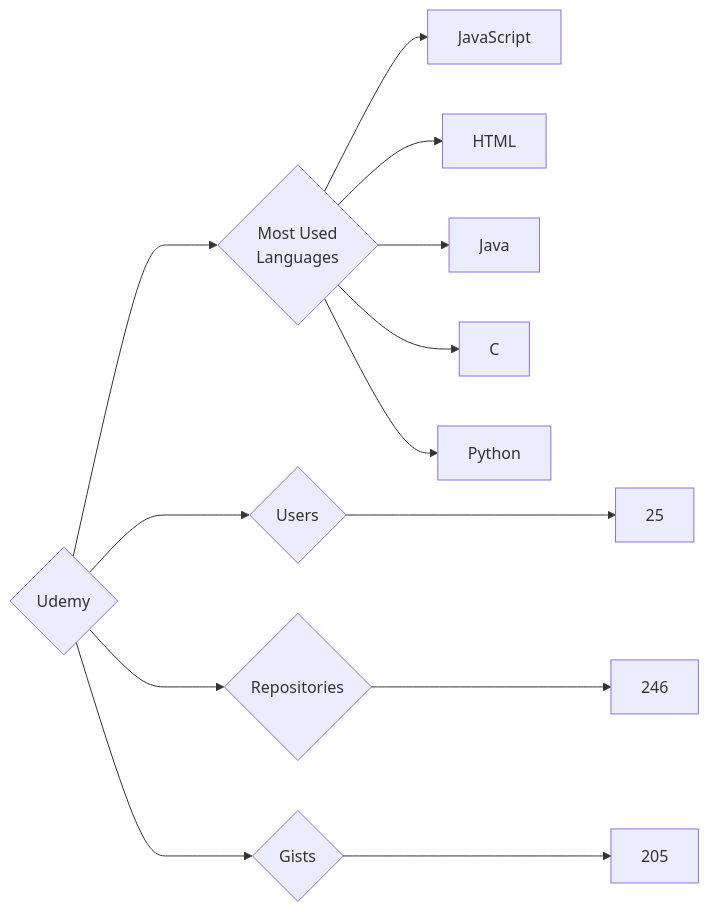
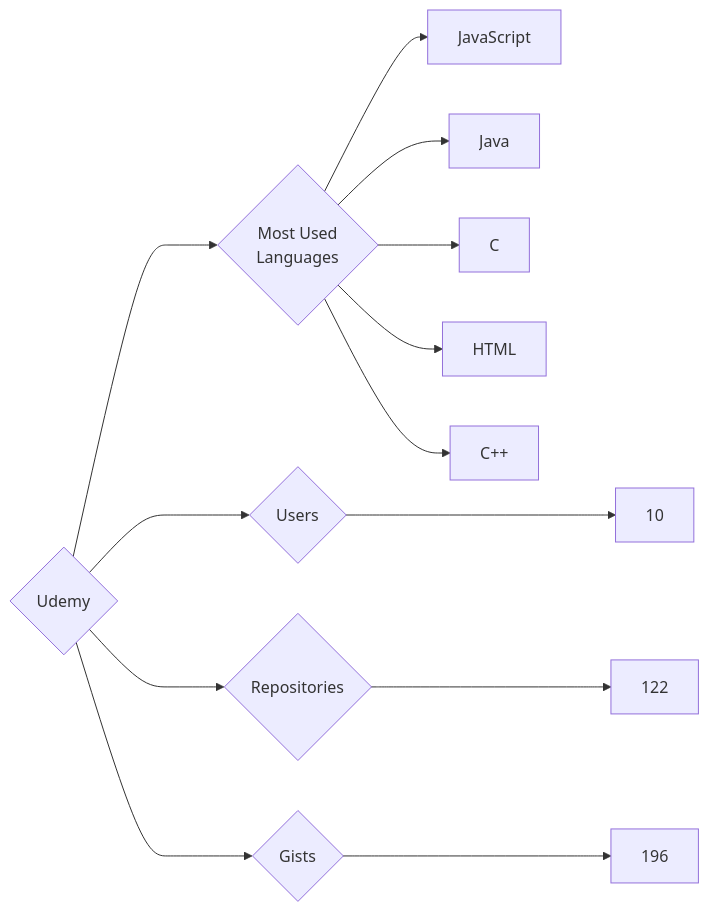
Before and after one commit to trickest/insiders: the diagram in targets/Udemy/README.md, drawn with Mermaid. The commit also changed 995 other files, not shown here.

````diff
--- a/targets/Udemy/README.md
+++ b/targets/Udemy/README.md
@@ -3,13 +3,13 @@
 ```mermaid
 graph LR
 COMPANY_NAME{Udemy}
-COMPANY_NAME ---> U{Users} ---> UN[25]
-COMPANY_NAME ---> R{Repositories} ---> RN[246]
-COMPANY_NAME ---> G{Gists} ---> GN[205]
+COMPANY_NAME ---> U{Users} ---> UN[10]
+COMPANY_NAME ---> R{Repositories} ---> RN[122]
+COMPANY_NAME ---> G{Gists} ---> GN[196]
 COMPANY_NAME ---> ML{Most Used<br>Languages}
 ML --> JavaScript[JavaScript]
-ML --> HTML[HTML]
 ML --> Java[Java]
 ML --> C[C]
-ML --> Python[Python]
+ML --> HTML[HTML]
+ML --> C++[C++]
 ```
````
